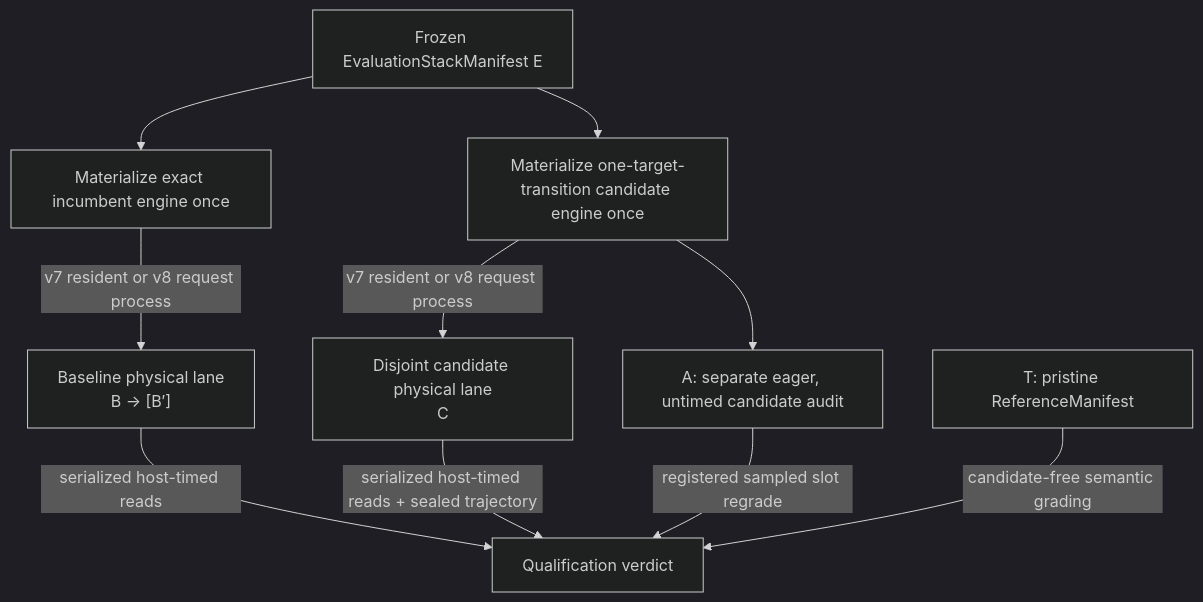
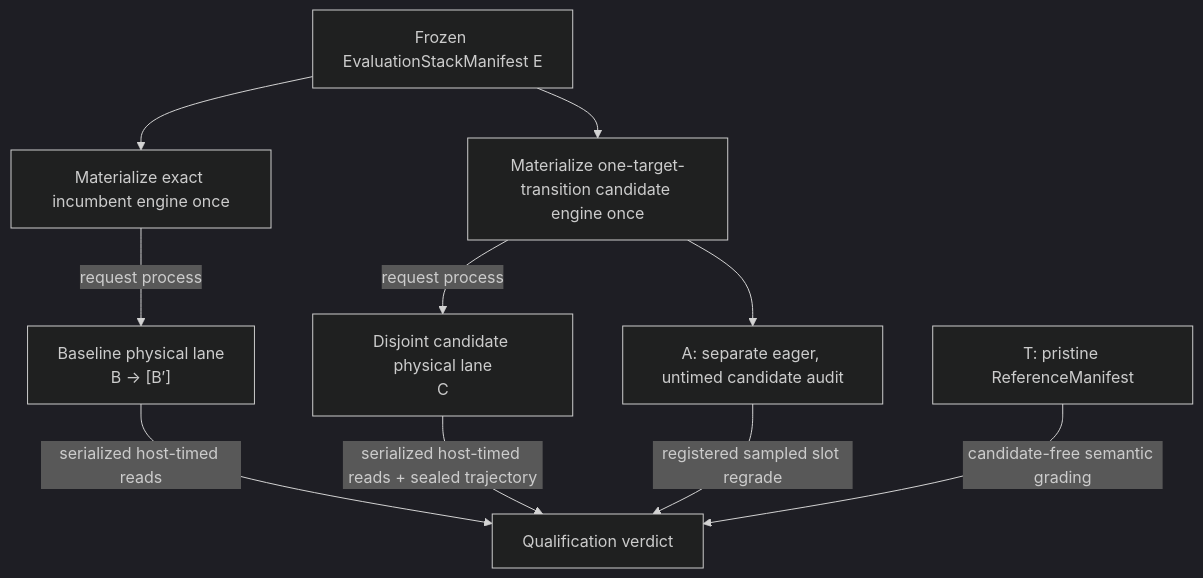
Before and after one commit to latent-to/cacheon: the diagram in docs/architecture/stacks.md, drawn with Mermaid (dark theme). The commit also changed other lines of this file and 433 other files, not shown here.

````diff
--- a/docs/architecture/stacks.md
+++ b/docs/architecture/stacks.md
@@ -75,20 +65,20 @@
 ```mermaid
 flowchart TB
     E["Frozen EvaluationStackManifest E"]
     I["Materialize exact incumbent engine once"]
     C["Materialize one-target-transition candidate engine once"]
     L0["Baseline physical lane<br/>B → [B′]"]
     L1["Disjoint candidate physical lane<br/>C"]
     A["A: separate eager, untimed candidate audit"]
     T["T: pristine ReferenceManifest"]
 
     E --> I
     E --> C
-    I -->|"v7 resident or v8 request process"| L0
-    C -->|"v7 resident or v8 request process"| L1
+    I -->|"request process"| L0
+    C -->|"request process"| L1
     L0 -->|"serialized host-timed reads"| V["Qualification verdict"]
     L1 -->|"serialized host-timed reads + sealed trajectory"| V
     C --> A
     A -->|"registered sampled slot regrade"| V
     T -->|"candidate-free semantic grading"| V
 ```
````
